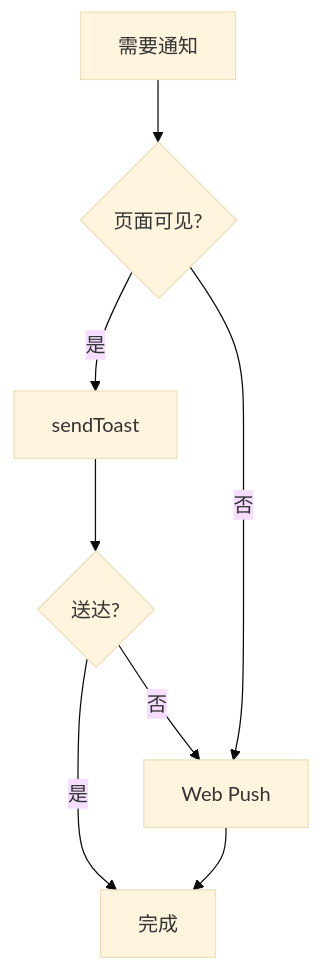
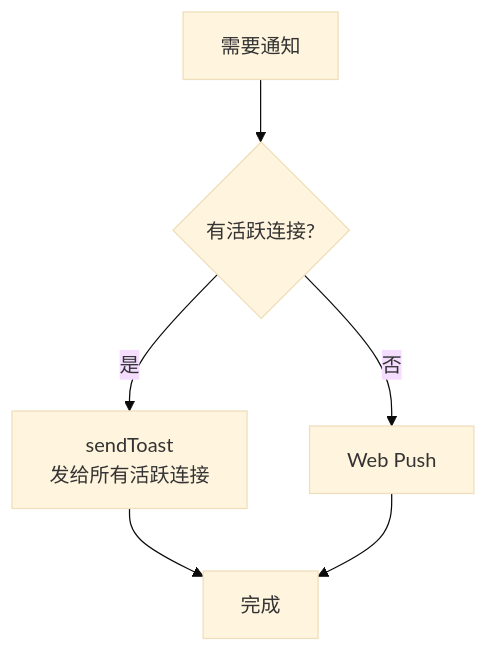
The second of 4 diagrams in docs/architecture/hub/sse/README.md (ModuBit/mobi), drawn with Mermaid (base theme) before and after one commit. The commit also changed other lines of this file and 6 other files, not shown here.

````diff
--- a/docs/architecture/hub/sse/README.md
+++ b/docs/architecture/hub/sse/README.md
@@ -52,17 +53,14 @@
 ```mermaid
 flowchart TB
     need[需要通知]
-    visible{页面可见?}
-    toast[sendToast]
-    delivered{送达?}
+    active{有活跃连接?}
+    toast[sendToast<br/>发给所有活跃连接]
     push[Web Push]
     done[完成]
 
-    need --> visible
-    visible -->|是| toast
-    visible -->|否| push
-    toast --> delivered
-    delivered -->|是| done
-    delivered -->|否| push
+    need --> active
+    active -->|是| toast
+    active -->|否| push
+    toast --> done
     push --> done
 ```
````
